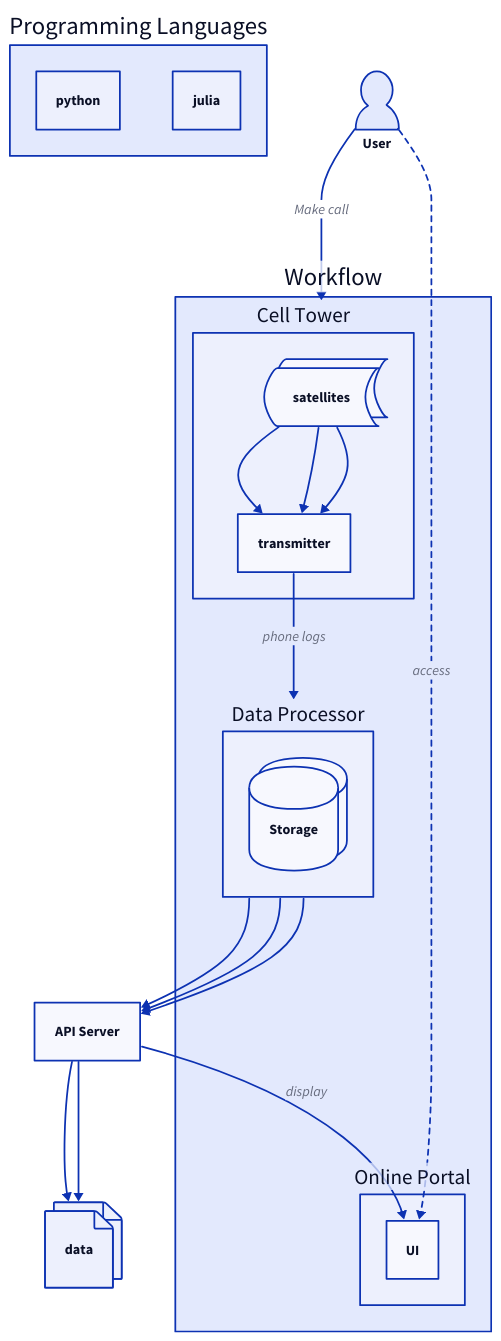
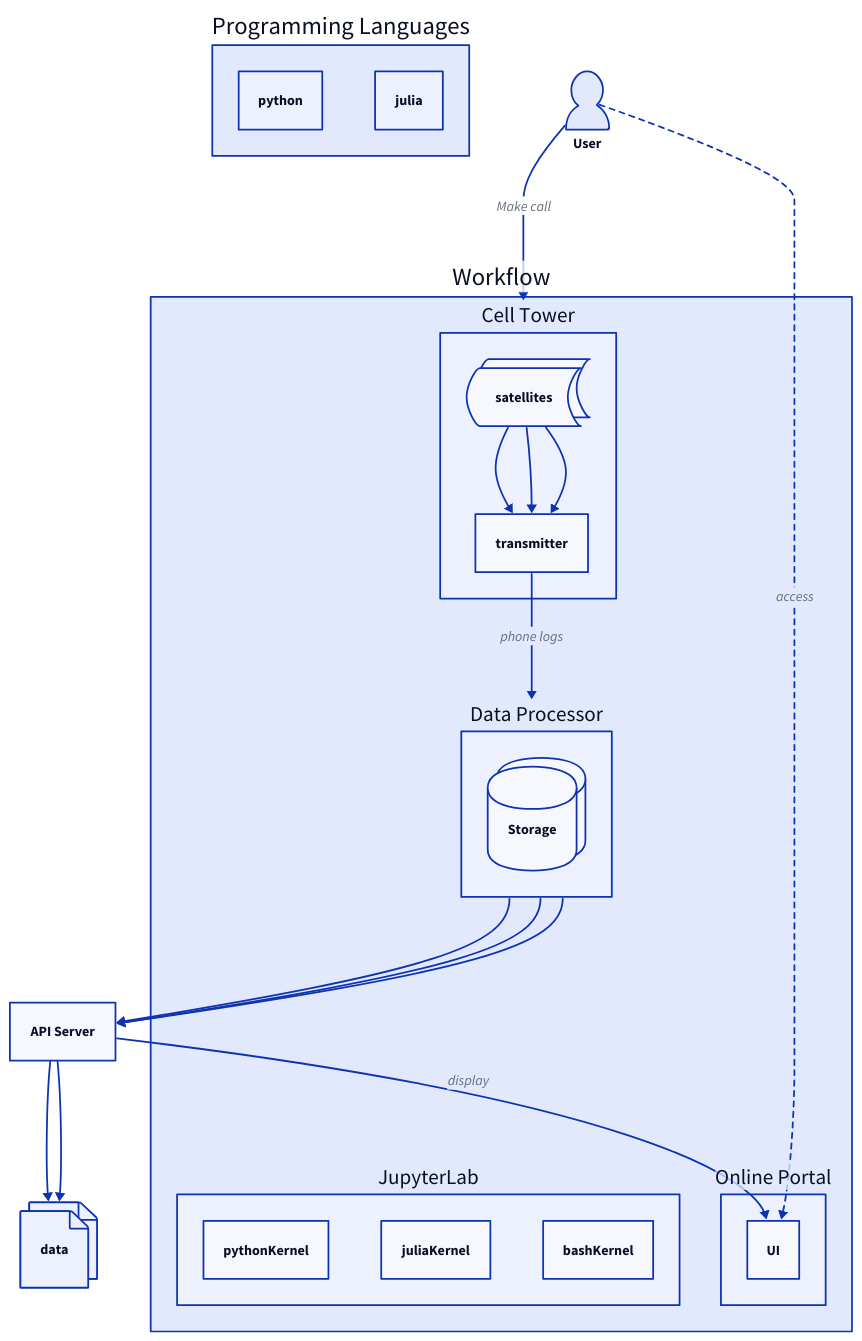
The diagram in notebook/flow.d2 (hardenedlinux/AISecurity-Research-Template), drawn with D2 before and after one commit. The commit also changed 2 other files, not shown here.

```diff
--- a/notebook/flow.d2
+++ b/notebook/flow.d2
@@ -1,49 +1,55 @@
 data: {
   shape: page
   style.multiple: true
 }
 user: User {shape: person}
 workflow: Workflow {
   tower: Cell Tower {
     satellites: {
       shape: stored_data
       style.multiple: true
     }
 
     satellites -> transmitter
     satellites -> transmitter
     satellites -> transmitter
     transmitter
   }
   processor: Data Processor {
     storage: Storage {
       shape: cylinder
       style.multiple: true
     }
   }
+  jupyterlab: JupyterLab {
+    pythonKernel
+    juliaKernel
+    bashKernel
+  }
   portal: Online Portal {
     UI
   }
 
   tower.transmitter -> processor: phone logs
 }
 
 languages: Programming Languages {
   python
   julia
 }
+
 server: API Server
 
 user -> workflow.tower: Make call
 workflow.processor -> server
 workflow.processor -> server
 workflow.processor -> server
 
 server -> data
 server -> data
 # server -> logs: persist
 
 server -> workflow.portal.UI: display
 user -> workflow.portal.UI: access {
   style.stroke-dash: 3
 }
```
